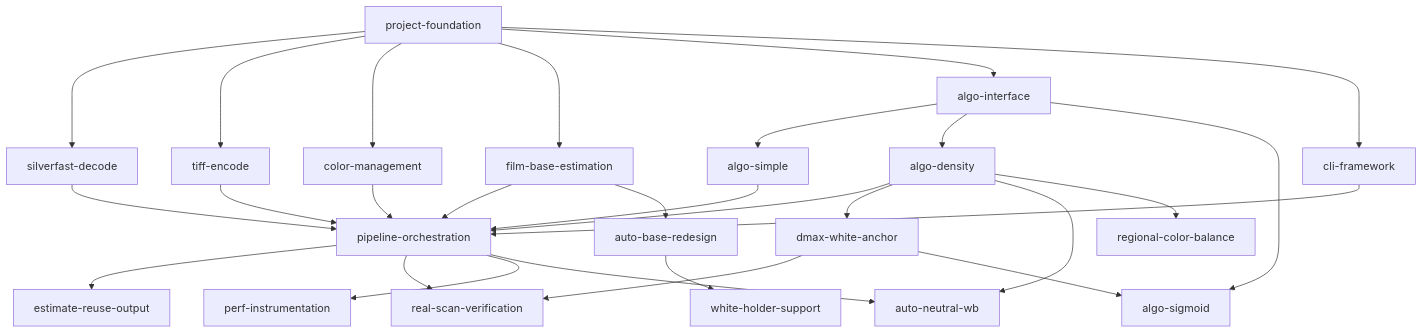
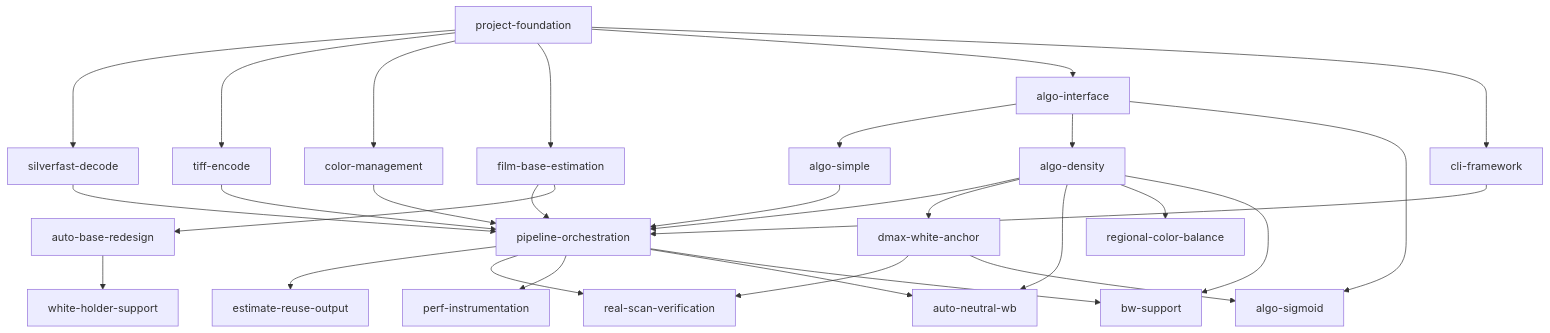
The diagram in docs/TASKS.md (lix42/negative-converter), drawn with Mermaid before and after one commit. The commit also changed other lines of this file and 3 other files, not shown here.

First line of the commit message:
Add bw-support task: B&W negatives via density algo + mono color model (#19)

````diff
--- a/docs/TASKS.md
+++ b/docs/TASKS.md
@@ -43,30 +43,32 @@
 ```mermaid
 graph TD
   project-foundation --> silverfast-decode
   project-foundation --> tiff-encode
   project-foundation --> color-management
   project-foundation --> film-base-estimation
   project-foundation --> algo-interface
   project-foundation --> cli-framework
   algo-interface --> algo-simple
   algo-interface --> algo-density
   silverfast-decode --> pipeline-orchestration
   tiff-encode --> pipeline-orchestration
   color-management --> pipeline-orchestration
   film-base-estimation --> pipeline-orchestration
   algo-simple --> pipeline-orchestration
   algo-density --> pipeline-orchestration
   cli-framework --> pipeline-orchestration
   film-base-estimation --> auto-base-redesign
   auto-base-redesign --> white-holder-support
   pipeline-orchestration --> estimate-reuse-output
   pipeline-orchestration --> real-scan-verification
   pipeline-orchestration --> perf-instrumentation
   dmax-white-anchor --> real-scan-verification
   algo-density --> dmax-white-anchor
   algo-interface --> algo-sigmoid
   dmax-white-anchor --> algo-sigmoid
   algo-density --> auto-neutral-wb
   pipeline-orchestration --> auto-neutral-wb
   algo-density --> regional-color-balance
+  algo-density --> bw-support
+  pipeline-orchestration --> bw-support
 ```
````
